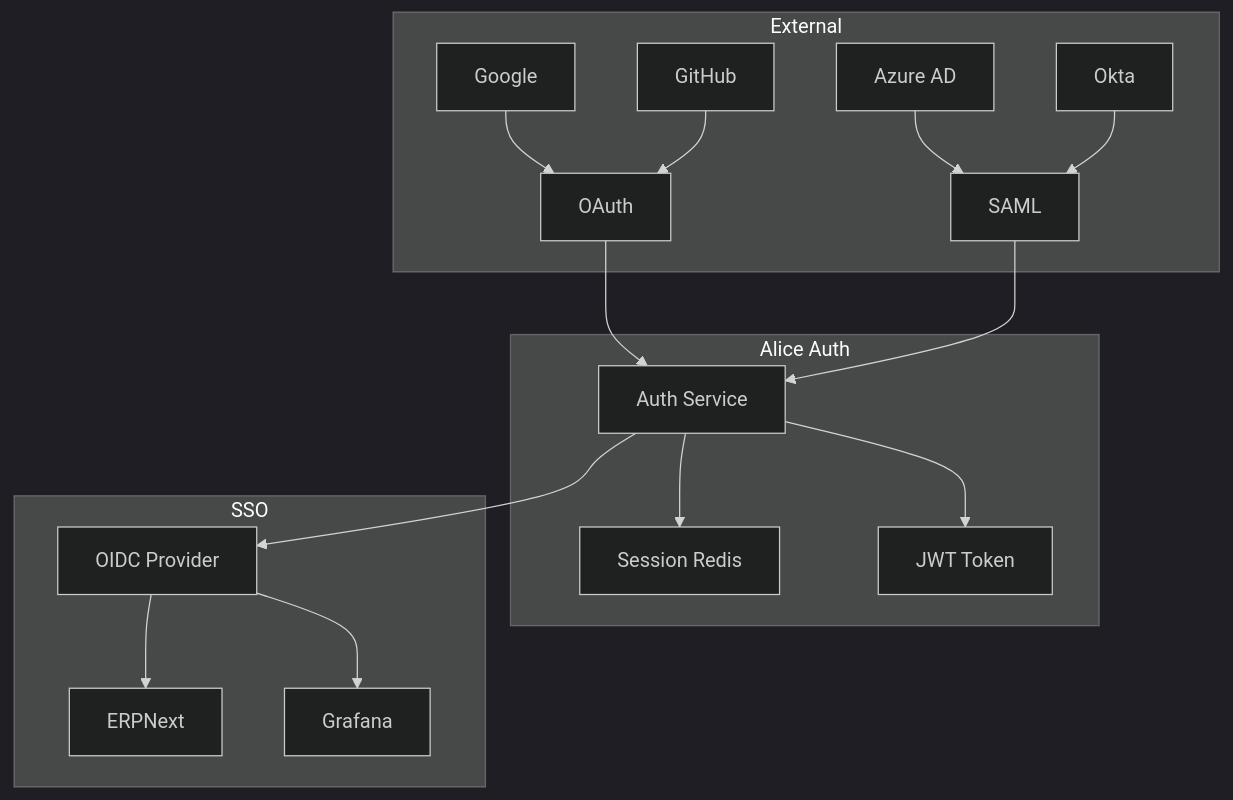
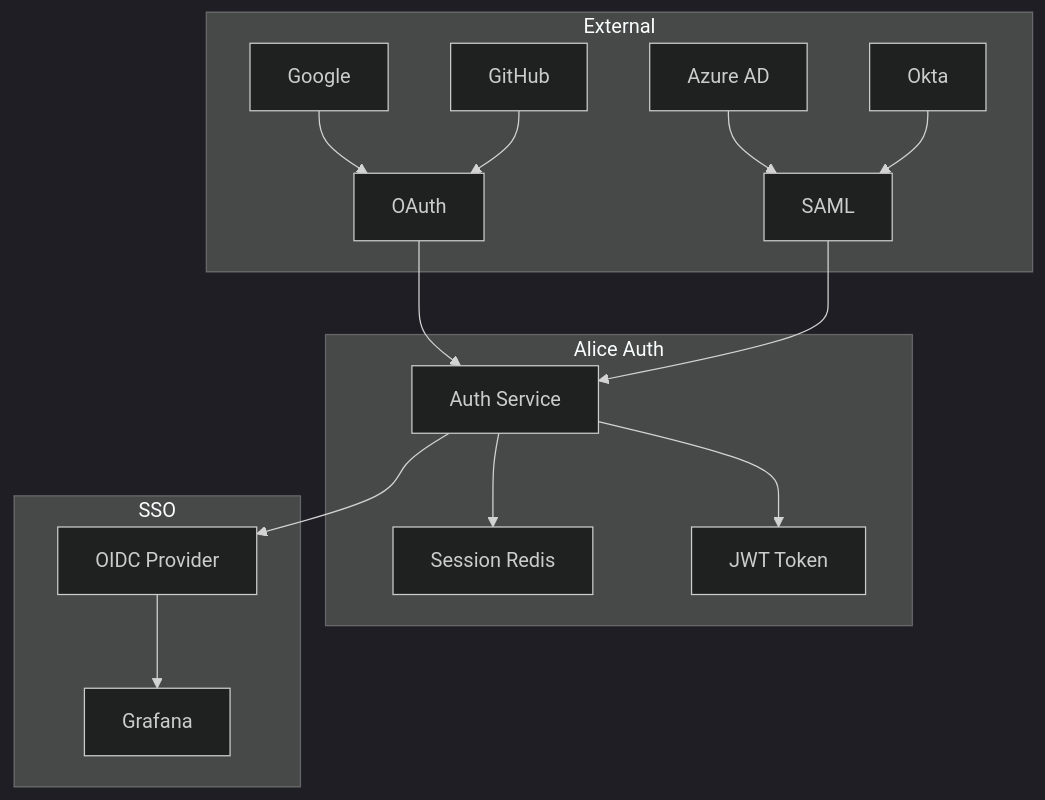
Diagram 11 of 13 in docs/ARQUITETURA.md (fillipeguerrabtc/alice), drawn with Mermaid (dark theme) before and after one commit. The commit also changed other lines of this file and 32 other files, not shown here.

````diff
--- a/docs/ARQUITETURA.md
+++ b/docs/ARQUITETURA.md
@@ -735,22 +724,21 @@
 ```mermaid
 flowchart TB
     subgraph External
         A[Google] --> OAuth
         B[GitHub] --> OAuth
         C[Azure AD] --> SAML
         D[Okta] --> SAML
     end
     
     subgraph Alice Auth
         OAuth --> E[Auth Service]
         SAML --> E
         E --> F[Session Redis]
         E --> G[JWT Token]
     end
     
     subgraph SSO
         E --> H[OIDC Provider]
-        H --> I[ERPNext]
         H --> J[Grafana]
     end
 ```
````
